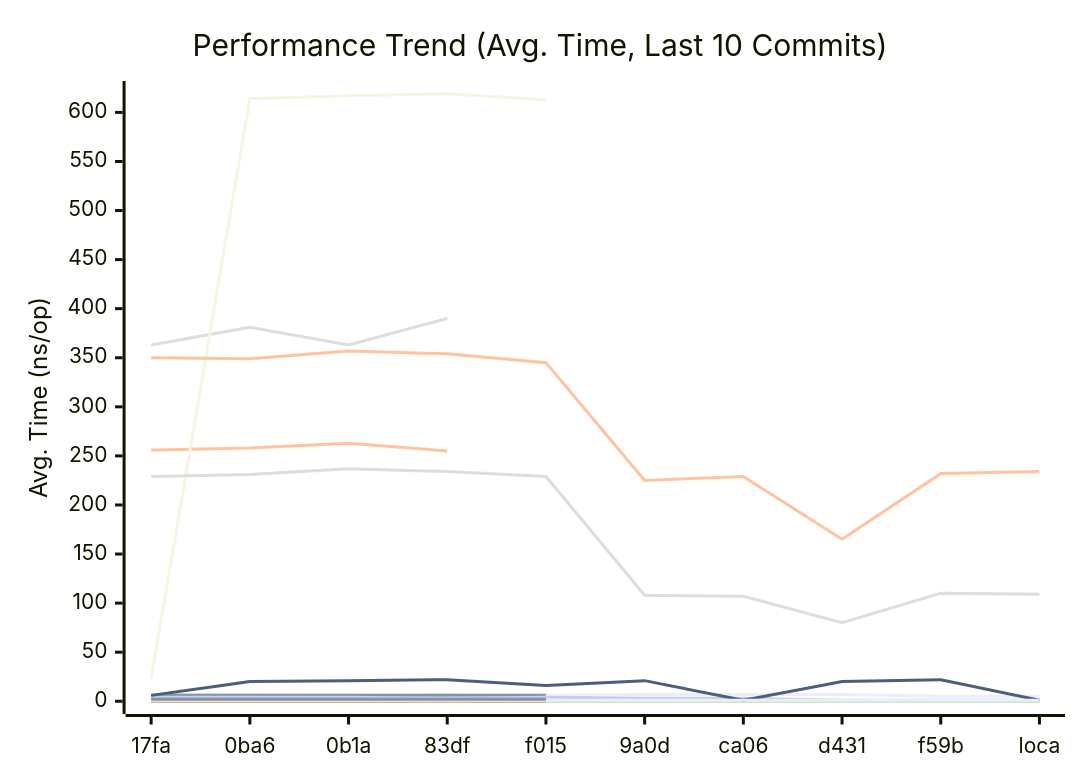
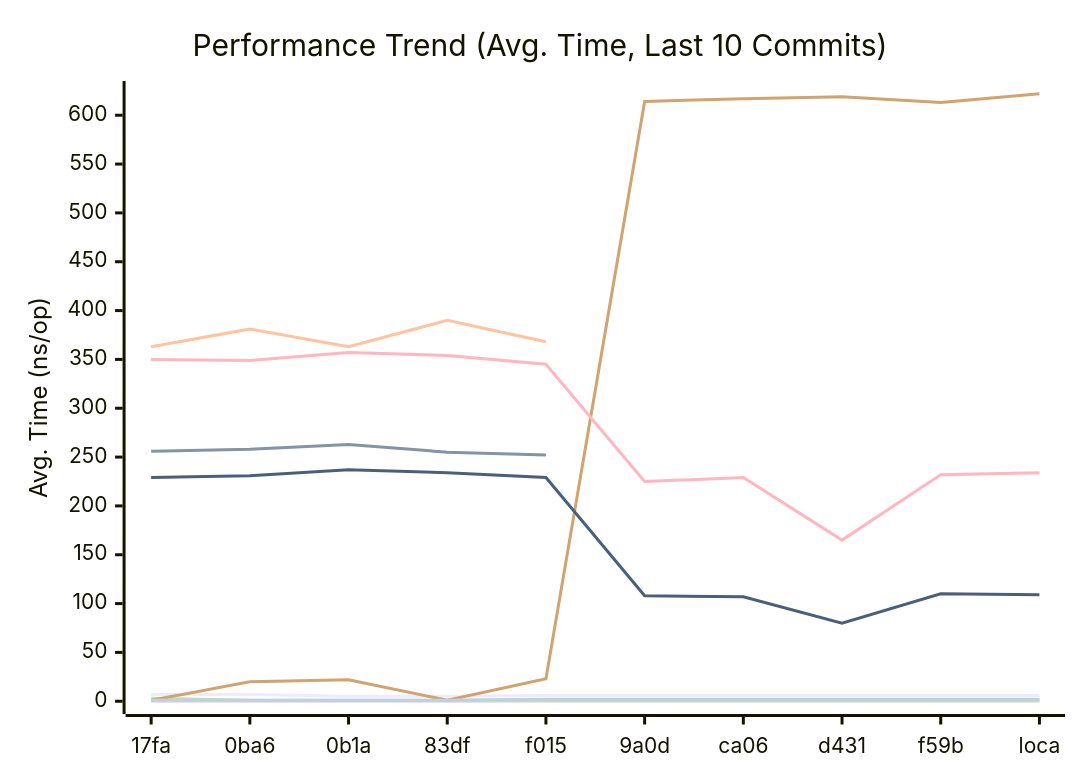
Before and after one commit to alsotoes/momo: the first of 3 diagrams in docs/PERFORMANCE.md, drawn with Mermaid. The commit also changed other lines of this file and 2 other files, not shown here.

````diff
--- a/docs/PERFORMANCE.md
+++ b/docs/PERFORMANCE.md
@@ -78,21 +78,16 @@
 ```mermaid
 xychart-beta
     title "Performance Trend (Avg. Time, Last 10 Commits)"
     x-axis "Commit"
     y-axis "Avg. Time (ns/op)"
     x-axis [17fa,0ba6,0b1a,83df,f015,9a0d,ca06,d431,f59b,loca]
-    line "CheckMetricsAndSwap" [7,7,6,7,6,7,7,7,5,5]
-    line "CheckMetricsAndSwap" [6,6,6,6,6]
-    line "CrushOptimized" [256,258,263,255]
-    line "CrushOriginal" [363,381,363,390]
+    line "CheckMetricsAndSwap" [7,7,5,5,6,6,6,6,6,6]
+    line "CrushOptimized" [256,258,263,255,252]
+    line "CrushOriginal" [363,381,363,390,368]
     line "IndexDirectTracking" [0,0,0,0,0,0,0,0,0,0]
-    line "IndexDirectTracking" [0,0,0,0,0]
-    line "IndexSearch" [4,4,4,3,4,3,3,1,1,1]
-    line "IndexSearch" [1,1,1,1,1]
-    line "LoadGlobalConfig" [6,20,21,22,16,21,1,20,22,1]
-    line "LoadGlobalConfig" [23,614,617,619,613]
-    line "PadString" [1,1,1,1,1,1,1,1,1,1]
-    line "PadString" [2,2,2,2,2]
+    line "IndexSearch" [3,1,1,1,1,1,1,1,1,1]
+    line "LoadGlobalConfig" [1,20,22,1,23,614,617,619,613,622]
+    line "PadString" [1,1,1,1,2,2,2,2,2,2]
     line "ParseReplicationOrder_NoPrealloc" [350,349,357,354,345,225,229,165,232,234]
     line "ParseReplicationOrder_Prealloc" [229,231,237,234,229,108,107,80,110,109]
 ```
````
